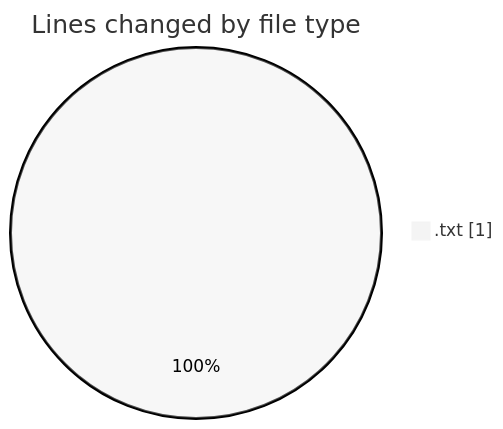
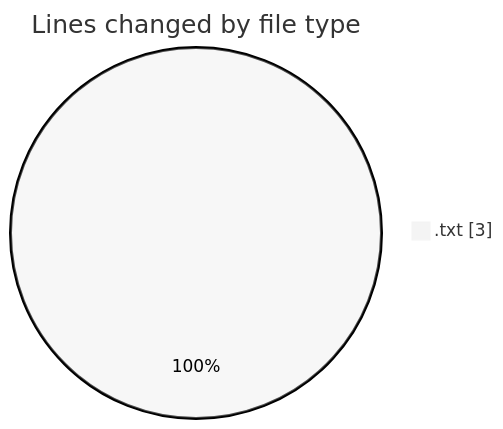
One commit to lephambinh05/code-tracking changed the first of 2 diagrams in 2025-07-26/quanlyrapchieuphim-1/README.md. Above: the diagram before and after it, drawn with Mermaid (neutral theme). The commit also changed other lines of this file and 1 other file, not shown here.

````diff
--- a/2025-07-26/quanlyrapchieuphim-1/README.md
+++ b/2025-07-26/quanlyrapchieuphim-1/README.md
@@ -20,5 +20,5 @@
 ```mermaid
 pie showData
 title Lines changed by file type
-".txt" : 1
+".txt" : 3
 ```
````
